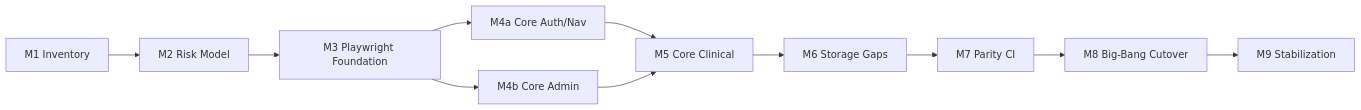
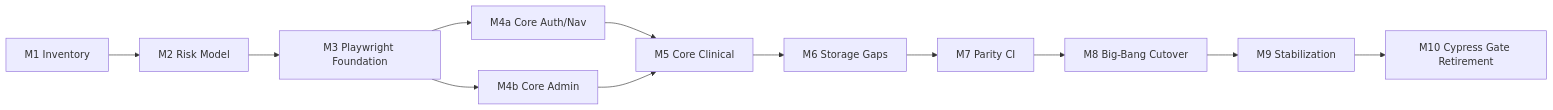
The diagram in specs/201-e2e-playwright-risk-parity/plan.md (DIGI-UW/OpenELIS-Global-2), drawn with Mermaid before and after one commit. The commit also changed other lines of this file and 5 other files, not shown here.

````diff
--- a/specs/201-e2e-playwright-risk-parity/plan.md
+++ b/specs/201-e2e-playwright-risk-parity/plan.md
@@ -99,13 +100,14 @@
 ```mermaid
 graph LR
     M1[M1 Inventory] --> M2[M2 Risk Model]
     M2 --> M3[M3 Playwright Foundation]
     M3 --> M4a[M4a Core Auth/Nav]
     M3 --> M4b[M4b Core Admin]
     M4a --> M5[M5 Core Clinical]
     M4b --> M5
     M5 --> M6[M6 Storage Gaps]
     M6 --> M7[M7 Parity CI]
     M7 --> M8[M8 Big-Bang Cutover]
     M8 --> M9[M9 Stabilization]
+    M9 --> M10[M10 Cypress Gate Retirement]
 ```
````
